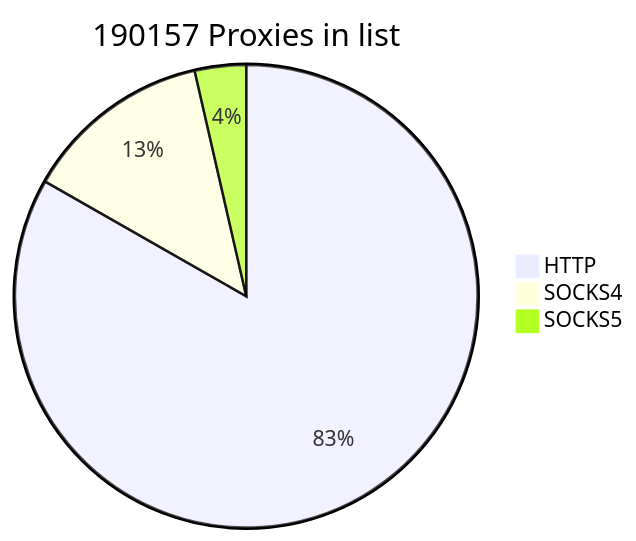
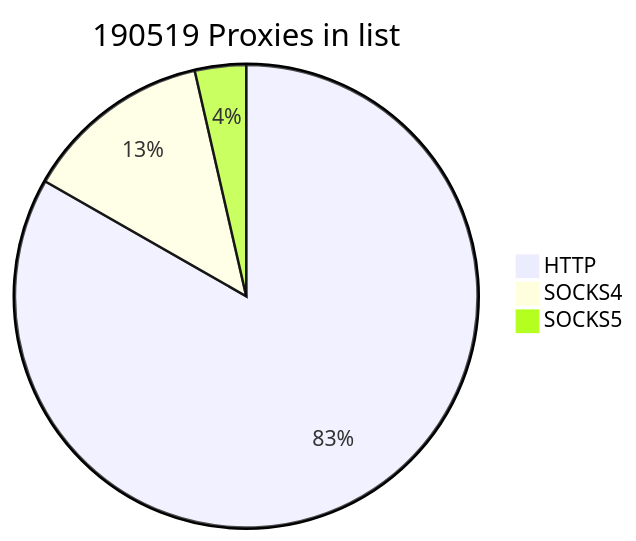
The first of 2 diagrams in README.md (cutipu/proxylist), drawn with Mermaid before and after one commit. The commit also changed other lines of this file, not shown here.

````diff
--- a/README.md
+++ b/README.md
@@ -2,7 +2,7 @@
 ```mermaid
-pie title 190157 Proxies in list
-    "HTTP" : 158303
-    "SOCKS4" : 25039
-    "SOCKS5" : 6815
+pie title 190519 Proxies in list
+    "HTTP" : 158635
+    "SOCKS4" : 25070
+    "SOCKS5" : 6814
             
 ```
````
